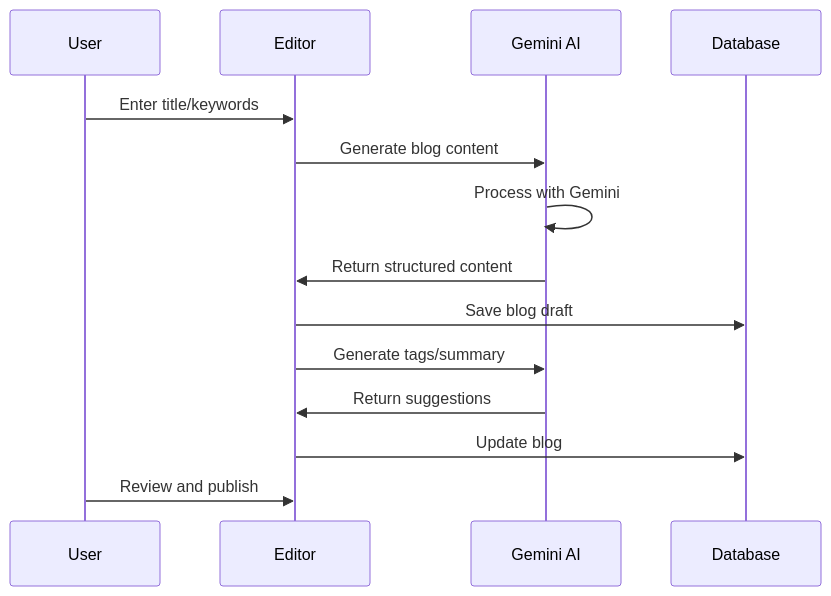
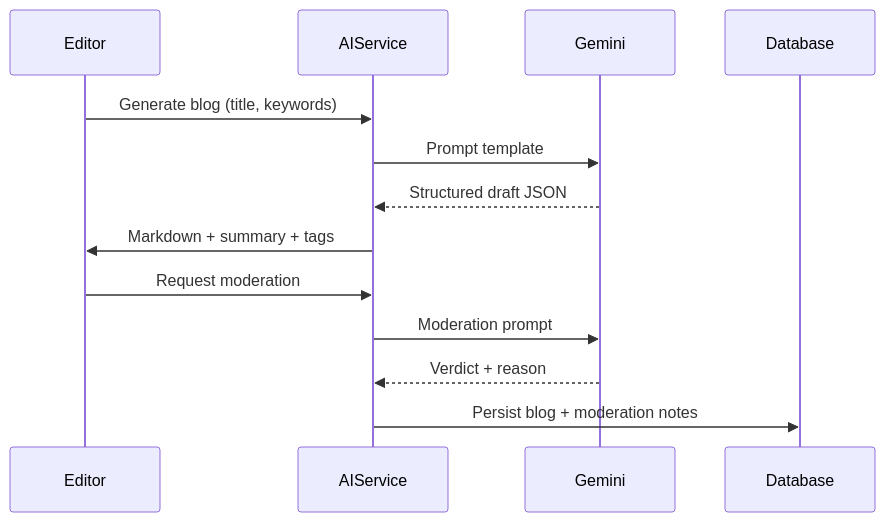
Before and after one commit to ashwanik0777/blog: the second of 2 diagrams in README.md, drawn with Mermaid. The commit also changed other lines of this file and 7 other files, not shown here.

````diff
--- a/README.md
+++ b/README.md
@@ -214,17 +349,16 @@
 ```mermaid
 sequenceDiagram
-    participant U as User
-    participant E as Editor
-    participant AI as Gemini AI
-    participant DB as Database
-    
-    U->>E: Enter title/keywords
-    E->>AI: Generate blog content
-    AI->>AI: Process with Gemini
-    AI->>E: Return structured content
-    E->>DB: Save blog draft
-    E->>AI: Generate tags/summary
-    AI->>E: Return suggestions
-    E->>DB: Update blog
-    U->>E: Review and publish
+    participant Editor
+    participant AIService
+    participant Gemini
+    participant Database
+
+    Editor->>AIService: Generate blog (title, keywords)
+    AIService->>Gemini: Prompt template
+    Gemini-->>AIService: Structured draft JSON
+    AIService->>Editor: Markdown + summary + tags
+    Editor->>AIService: Request moderation
+    AIService->>Gemini: Moderation prompt
+    Gemini-->>AIService: Verdict + reason
+    AIService->>Database: Persist blog + moderation notes
 ```
````
